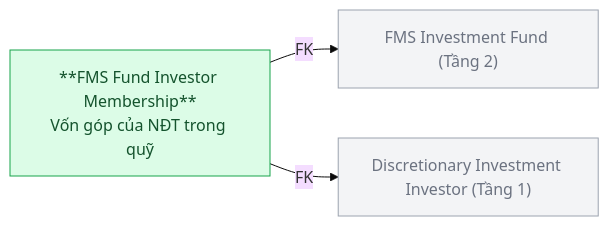
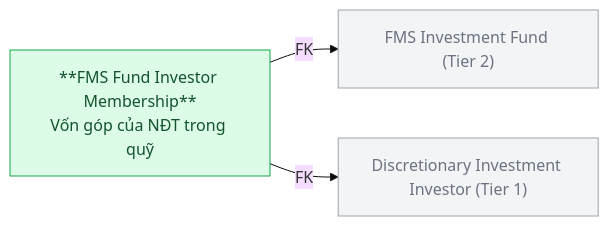
One commit to linhlvit/ubck_atomic_design changed the second of 12 diagrams in Silver/hld/FMS_HLD_Tier3.md. Above: the diagram before and after it, drawn with Mermaid (base theme). The commit also changed other lines of this file and 111 other files, not shown here.

````diff
--- a/Silver/hld/FMS_HLD_Tier3.md
+++ b/Silver/hld/FMS_HLD_Tier3.md
@@ -64,12 +58,12 @@
 ```mermaid
 graph LR
     classDef silver fill:#dcfce7,stroke:#16a34a,color:#14532d
     classDef refnode fill:#f3f4f6,stroke:#9ca3af,color:#6b7280
 
-    FUND["FMS Investment Fund (Tầng 2)"]:::refnode
-    DII["Discretionary Investment Investor (Tầng 1)"]:::refnode
+    FUND["FMS Investment Fund (Tier 2)"]:::refnode
+    DII["Discretionary Investment Investor (Tier 1)"]:::refnode
     MBF["**FMS Fund Investor Membership**\nVốn góp của NĐT trong quỹ"]:::silver
 
     MBF -->|FK| FUND
     MBF -->|FK| DII
 ```
````
